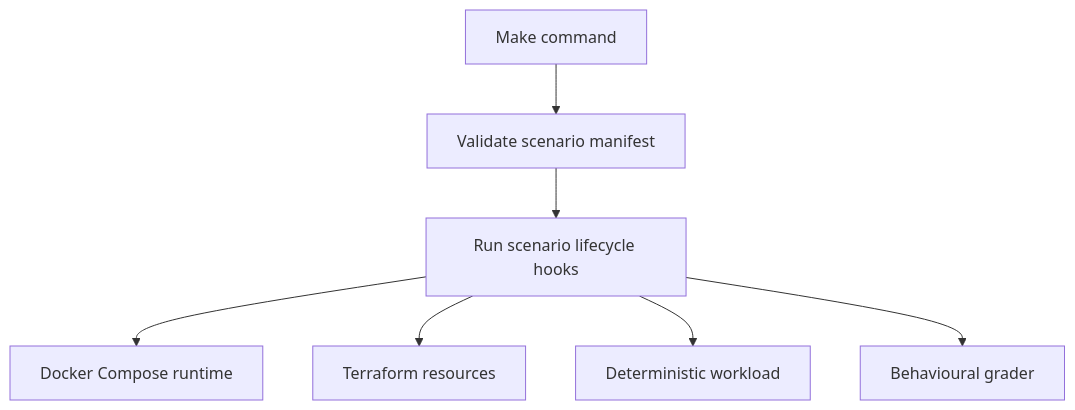
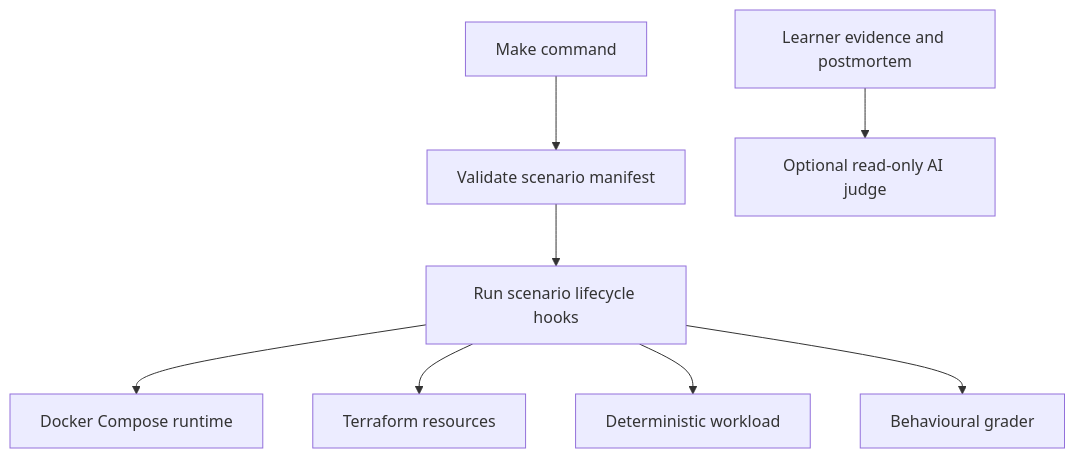
One commit to snehil21/OutageGym changed the third of 3 diagrams in docs/ARCHITECTURE.md. Above: the diagram before and after it, drawn with Mermaid. The commit also changed other lines of this file and 31 other files, not shown here.

````diff
--- a/docs/ARCHITECTURE.md
+++ b/docs/ARCHITECTURE.md
@@ -43,9 +43,10 @@
 ```mermaid
 flowchart TD
     Make[Make command] --> Validate[Validate scenario manifest]
     Validate --> Hooks[Run scenario lifecycle hooks]
     Hooks --> Compose[Docker Compose runtime]
     Hooks --> Terraform[Terraform resources]
     Hooks --> Workload[Deterministic workload]
     Hooks --> Grader[Behavioural grader]
+    Written[Learner evidence and postmortem] --> Judge[Optional read-only AI judge]
 ```
````
